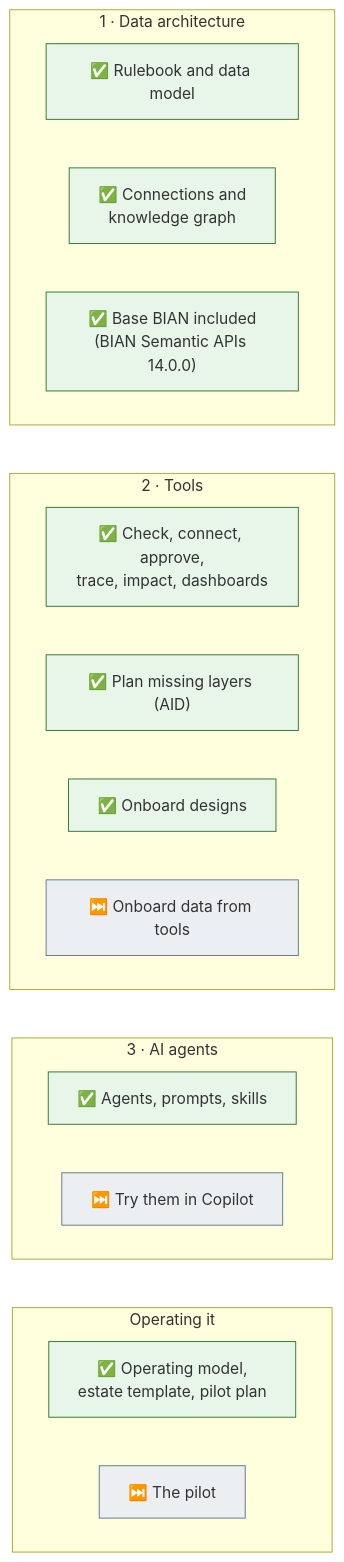
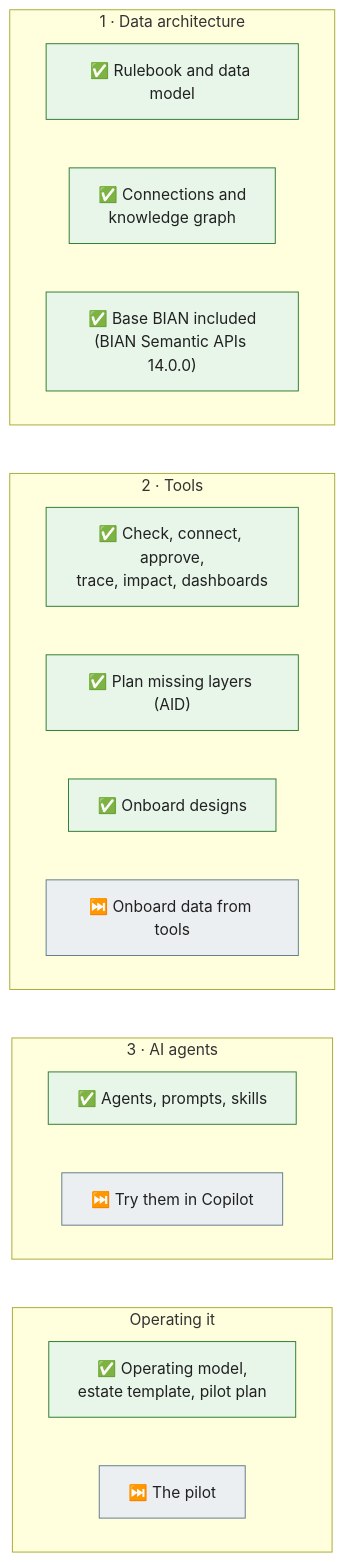
The eighth of 9 diagrams in README.md (taumoeps/bian-sdem-framework), drawn with Mermaid before and after one commit. The commit also changed other lines of this file and 1 other file, not shown here.

Commit message:
README: the tools diagram as one left-to-right flow with the commands on its steps; every coloured diagram box sets its text colour (readable in GitHub's dark theme)

````diff
--- a/README.md
+++ b/README.md
@@ -232,31 +218,31 @@
 ```mermaid
 flowchart TB
     subgraph B1["1 · Data architecture"]
         direction LR
         d1["✅ Rulebook and data model"]
         d2["✅ Connections and<br/>knowledge graph"]
         d3["✅ Base BIAN included<br/>(BIAN Semantic APIs 14.0.0)"]
     end
     subgraph B2["2 · Tools"]
         direction LR
         t1["✅ Check, connect, approve,<br/>trace, impact, dashboards"]
         t2["✅ Plan missing layers (AID)"]
         t3["✅ Onboard designs"]
         t4["⏭️ Onboard data from tools"]
     end
     subgraph B3["3 · AI agents"]
         direction LR
         a1["✅ Agents, prompts, skills"]
         a2["⏭️ Try them in Copilot"]
     end
     subgraph B4["Operating it"]
         direction LR
         o1["✅ Operating model,<br/>estate template, pilot plan"]
         o2["⏭️ The pilot"]
     end
     B1 ~~~ B2 ~~~ B3 ~~~ B4
-    classDef b fill:#E8F5E9,stroke:#2E7D32
-    classDef n fill:#ECEFF1,stroke:#607D8B
+    classDef b fill:#E8F5E9,stroke:#2E7D32,color:#212121
+    classDef n fill:#ECEFF1,stroke:#607D8B,color:#212121
     class d1,d2,d3,t1,t2,t3,a1,o1 b
     class t4,a2,o2 n
 ```
````
